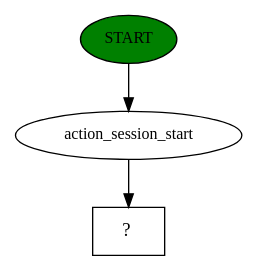
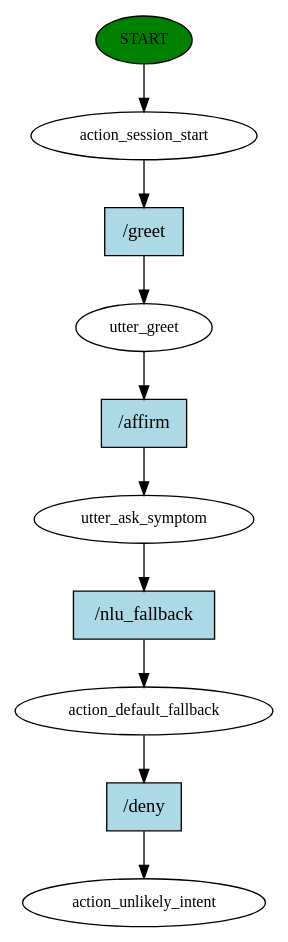
One commit to mashrur29/AI-Enabled-Conversational-Journaling-Agent changed the diagram in story_graph.dot. Above: the diagram before and after it, drawn with Graphviz. The commit also changed 12 other files, not shown here.

```diff
--- a/story_graph.dot
+++ b/story_graph.dot
@@ -1,7 +1,21 @@
 digraph  {
 0 [class="start active", fillcolor=green, fontsize=12, label=START, style=filled];
 1 [class=active, fontsize=12, label=action_session_start];
-2 [class="intent dashed active", label="  ?  ", shape=rect];
+2 [class=active, fontsize=12, label=utter_greet];
+3 [class=active, fontsize=12, label=utter_ask_symptom];
+4 [class=active, fontsize=12, label=action_default_fallback];
+5 [class="dashed active", fontsize=12, label=action_unlikely_intent];
+6 [class="intent active", fillcolor=lightblue, label="/greet", shape=rect, style=filled];
+7 [class="intent active", fillcolor=lightblue, label="/affirm", shape=rect, style=filled];
+8 [class="intent active", fillcolor=lightblue, label="/nlu_fallback", shape=rect, style=filled];
+9 [class="intent active", fillcolor=lightblue, label="/deny", shape=rect, style=filled];
 0 -> 1  [class=active, key=NONE, label=""];
-1 -> 2  [class=active, key=NONE, label=""];
+1 -> 6  [class=active, key=0];
+2 -> 7  [class=active, key=0];
+3 -> 8  [class=active, key=0];
+4 -> 9  [class=active, key=0];
+6 -> 2  [class=active, key=0];
+7 -> 3  [class=active, key=0];
+8 -> 4  [class=active, key=0];
+9 -> 5  [class=active, key=0];
 }
```
